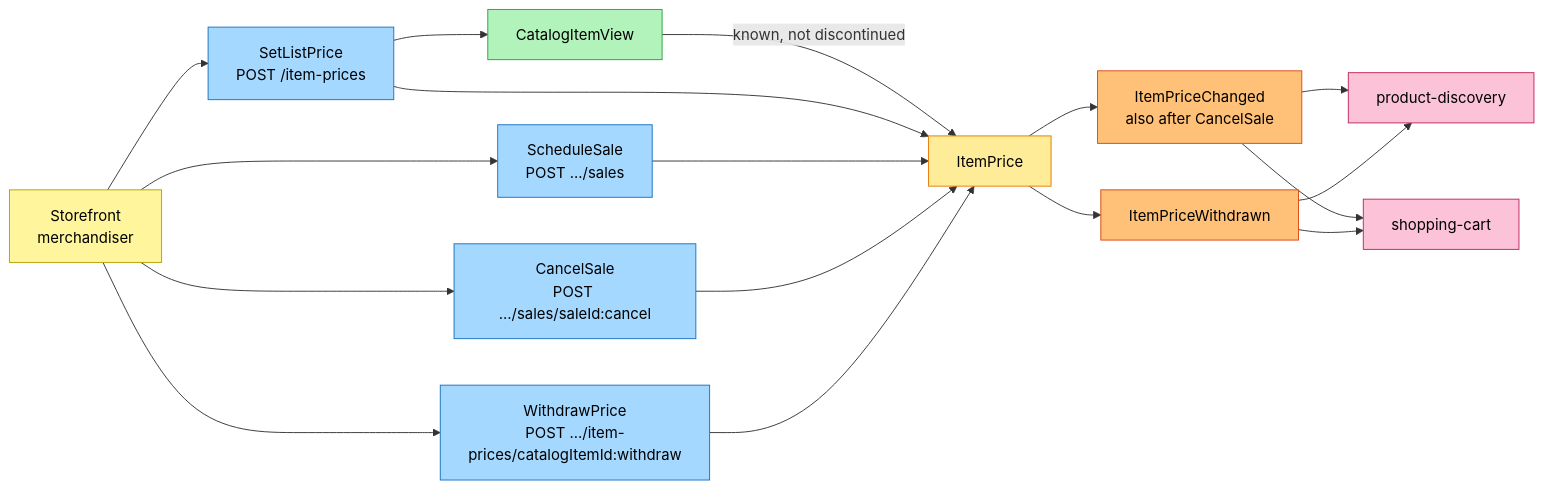
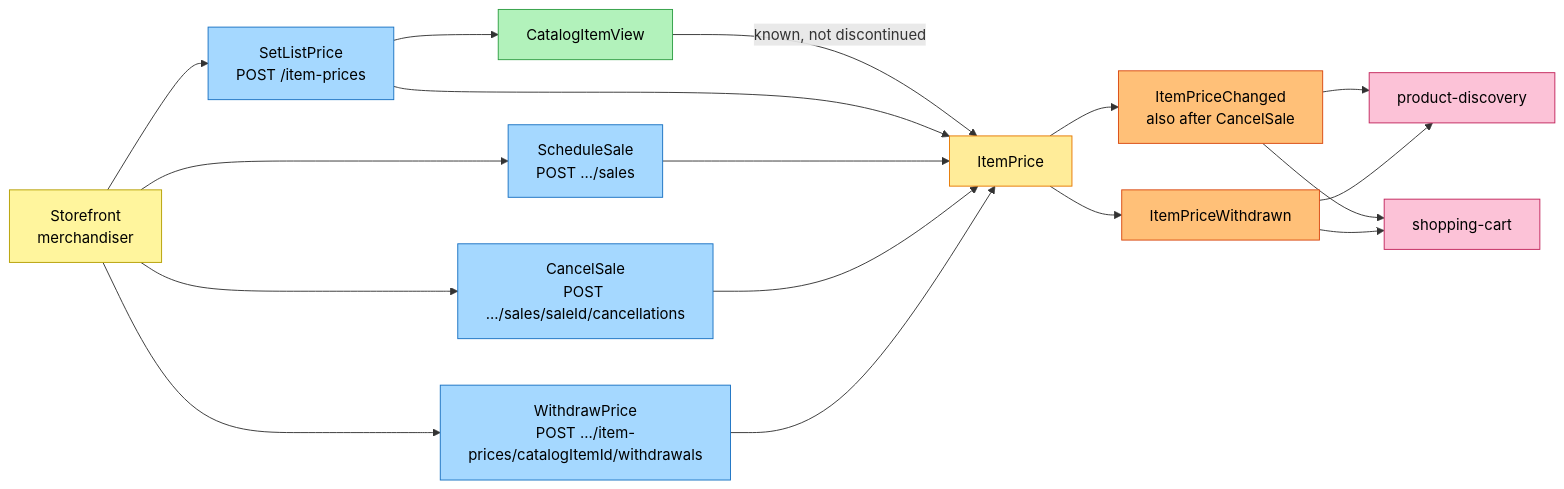
The first of 4 diagrams in storefront/docs/contexts/pricing/eventstorming.md (IQVO/warehouse-docs), drawn with Mermaid before and after one commit. The commit also changed 4 other files, not shown here.

Commit message:
docs(storefront): pricing pack and model follow the repo (second withdraw 409, overlapping-sale-window 409, missing slugs and numeric caps, current routes)

````diff
--- a/storefront/docs/contexts/pricing/eventstorming.md
+++ b/storefront/docs/contexts/pricing/eventstorming.md
@@ -37,40 +37,40 @@
 ```mermaid
 flowchart LR
     M["Storefront<br/>merchandiser"]:::actor
     C0["SetListPrice<br/>POST /item-prices"]:::command
     C1["ScheduleSale<br/>POST .../sales"]:::command
-    C2["CancelSale<br/>POST .../sales/saleId:cancel"]:::command
-    C3["WithdrawPrice<br/>POST .../item-prices/catalogItemId:withdraw"]:::command
+    C2["CancelSale<br/>POST .../sales/saleId/cancellations"]:::command
+    C3["WithdrawPrice<br/>POST .../item-prices/catalogItemId/withdrawals"]:::command
     RM0["CatalogItemView"]:::readmodel
     G1["ItemPrice"]:::aggregate
     E1["ItemPriceChanged<br/>also after CancelSale"]:::event
     E2["ItemPriceWithdrawn"]:::event
     PD["product-discovery"]:::external
     SC["shopping-cart"]:::external
 
     M --> C0
     M --> C1
     M --> C2
     M --> C3
     C0 --> RM0
     RM0 -->|known, not discontinued| G1
     C0 --> G1
     C1 --> G1
     C2 --> G1
     C3 --> G1
     G1 --> E1
     G1 --> E2
     E1 --> PD
     E1 --> SC
     E2 --> PD
     E2 --> SC
 
     classDef actor fill:#fff59d,stroke:#b59f00,color:#000
     classDef command fill:#a5d8ff,stroke:#1971c2,color:#000
     classDef aggregate fill:#ffec99,stroke:#e67700,color:#000
     classDef event fill:#ffc078,stroke:#d9480f,color:#000
     classDef policy fill:#d0bfff,stroke:#6741d9,color:#000
     classDef readmodel fill:#b2f2bb,stroke:#2f9e44,color:#000
     classDef external fill:#fcc2d7,stroke:#c2255c,color:#000
     classDef hotspot fill:#ff8787,stroke:#c92a2a,color:#000
 ```
````
